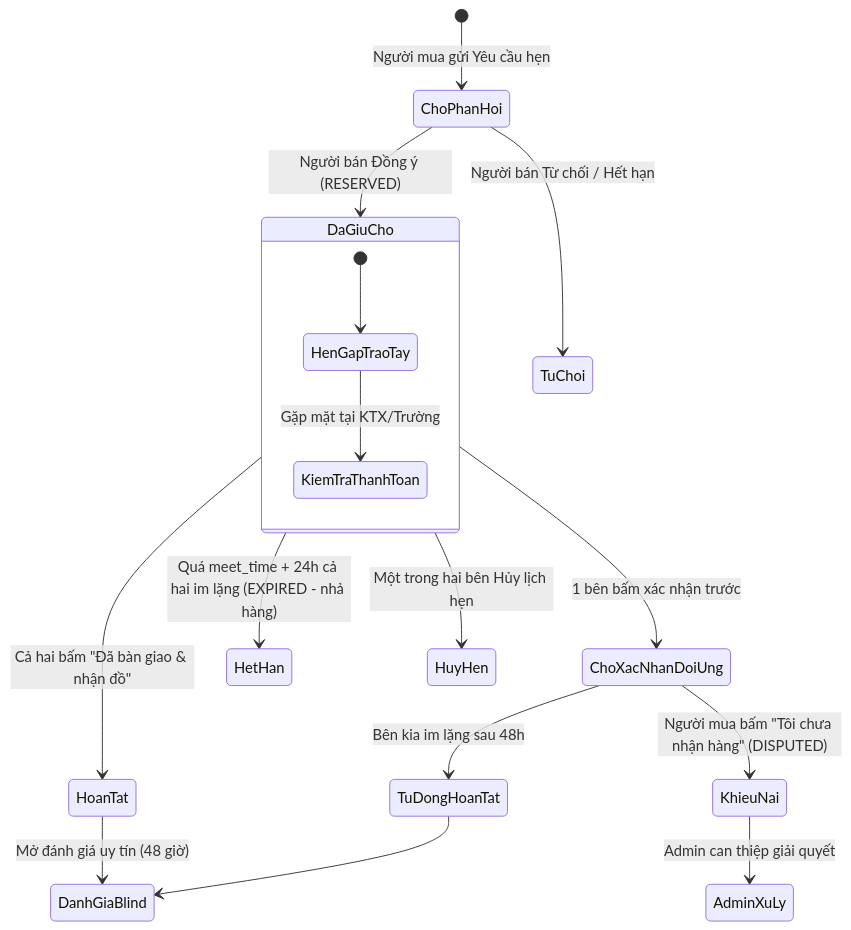
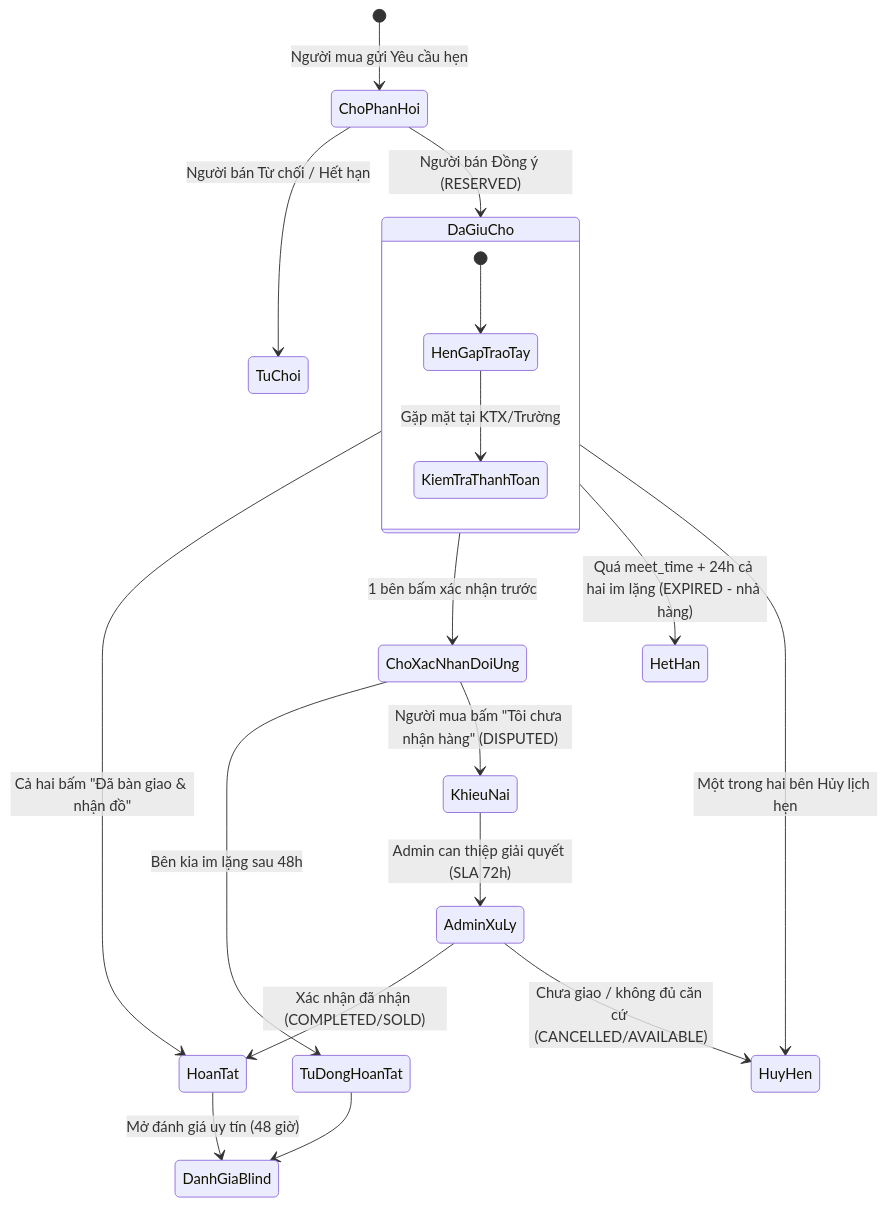
Before and after one commit to Tran-Thi-Bich-Hanh/UniCycle: the diagram in docs/ui-ux.md, drawn with Mermaid. The commit also changed 4 other files, not shown here.

Commit message:
docs: standardize orders status, add BR38 invite flow and dispute resolution SLA

````diff
--- a/docs/ui-ux.md
+++ b/docs/ui-ux.md
@@ -218,23 +218,25 @@
 ```mermaid
 stateDiagram-v2
     [*] --> ChoPhanHoi: Người mua gửi Yêu cầu hẹn
     ChoPhanHoi --> DaGiuCho: Người bán Đồng ý (RESERVED)
     ChoPhanHoi --> TuChoi: Người bán Từ chối / Hết hạn
     
     state DaGiuCho {
         [*] --> HenGapTraoTay
         HenGapTraoTay --> KiemTraThanhToan: Gặp mặt tại KTX/Trường
     }
     
     DaGiuCho --> HoanTat: Cả hai bấm "Đã bàn giao & nhận đồ"
     DaGiuCho --> ChoXacNhanDoiUng: 1 bên bấm xác nhận trước
     ChoXacNhanDoiUng --> TuDongHoanTat: Bên kia im lặng sau 48h
     ChoXacNhanDoiUng --> KhieuNai: Người mua bấm "Tôi chưa nhận hàng" (DISPUTED)
     
     DaGiuCho --> HetHan: Quá meet_time + 24h cả hai im lặng (EXPIRED - nhả hàng)
     DaGiuCho --> HuyHen: Một trong hai bên Hủy lịch hẹn
     
     HoanTat --> DanhGiaBlind: Mở đánh giá uy tín (48 giờ)
     TuDongHoanTat --> DanhGiaBlind
-    KhieuNai --> AdminXuLy: Admin can thiệp giải quyết
+    KhieuNai --> AdminXuLy: Admin can thiệp giải quyết (SLA 72h)
+    AdminXuLy --> HoanTat: Xác nhận đã nhận (COMPLETED/SOLD)
+    AdminXuLy --> HuyHen: Chưa giao / không đủ căn cứ (CANCELLED/AVAILABLE)
 ```
````
